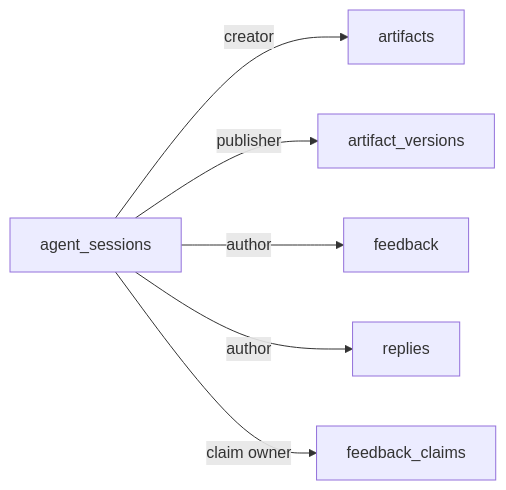
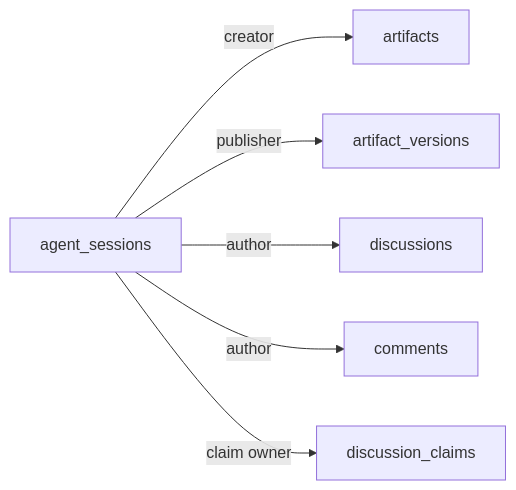
The third of 3 diagrams in docs/artifacts/schema.md (hyperlogue/r3), drawn with Mermaid before and after one commit. The commit also changed other lines of this file and 184 other files, not shown here.

First line of the commit message:
refactor(conversations): name discussions and comments consistently

````diff
--- a/docs/artifacts/schema.md
+++ b/docs/artifacts/schema.md
@@ -34,8 +34,8 @@
 ```mermaid
 flowchart LR
   S[agent_sessions] -->|creator| A[artifacts]
   S -->|publisher| V[artifact_versions]
-  S -->|author| F[feedback]
-  S -->|author| R[replies]
-  S -->|claim owner| C[feedback_claims]
+  S -->|author| F[discussions]
+  S -->|author| R[comments]
+  S -->|claim owner| C[discussion_claims]
 ```
````
